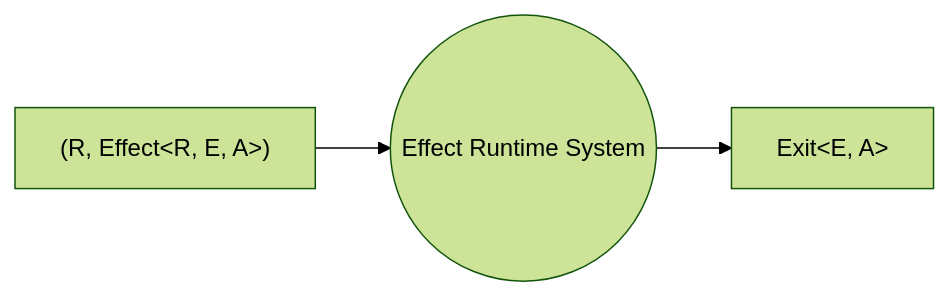
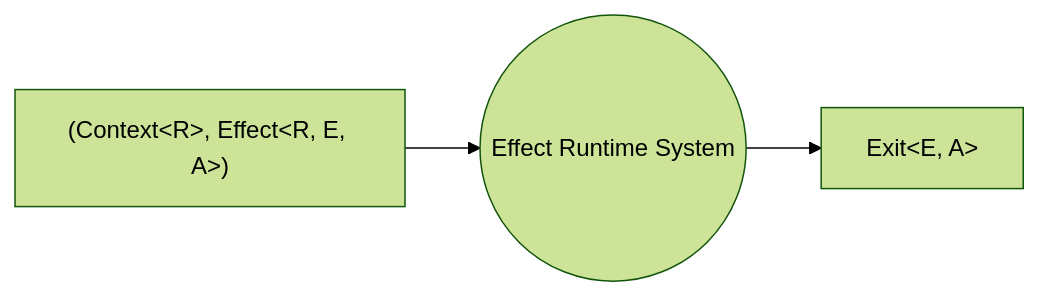
Before and after one commit to Effect-TS/website: the diagram in pages/docs/essentials/runtime.mdx, drawn with Mermaid (forest theme). The commit also changed other lines of this file, not shown here.

Commit message:
R -> Context<R>

````diff
--- a/pages/docs/essentials/runtime.mdx
+++ b/pages/docs/essentials/runtime.mdx
@@ -17,5 +17,5 @@
 ```mermaid
 flowchart LR
-  effect["(R, Effect&lt;R, E, A&gt;)"] --> runtime(("Effect Runtime System"))
+  effect["(Context&lt;R&gt;, Effect&lt;R, E, A&gt;)"] --> runtime(("Effect Runtime System"))
   runtime --> exit["Exit&lt;E, A&gt;"]
 ```
````
